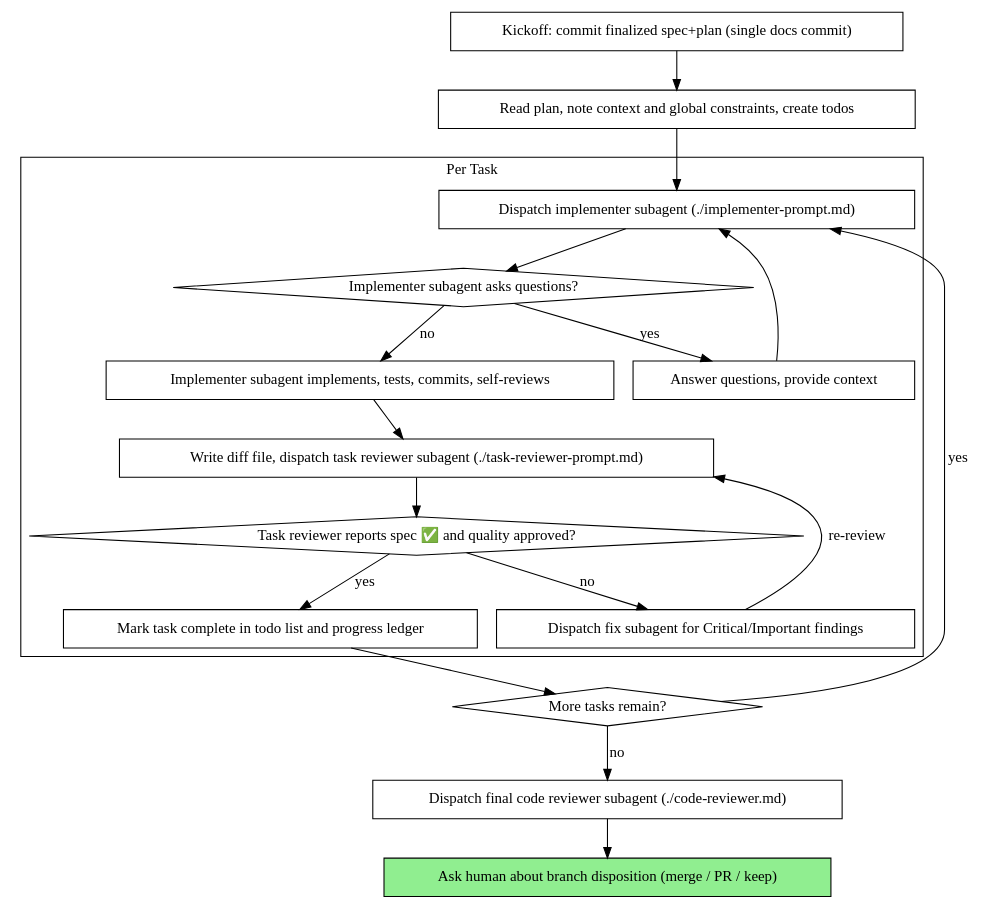
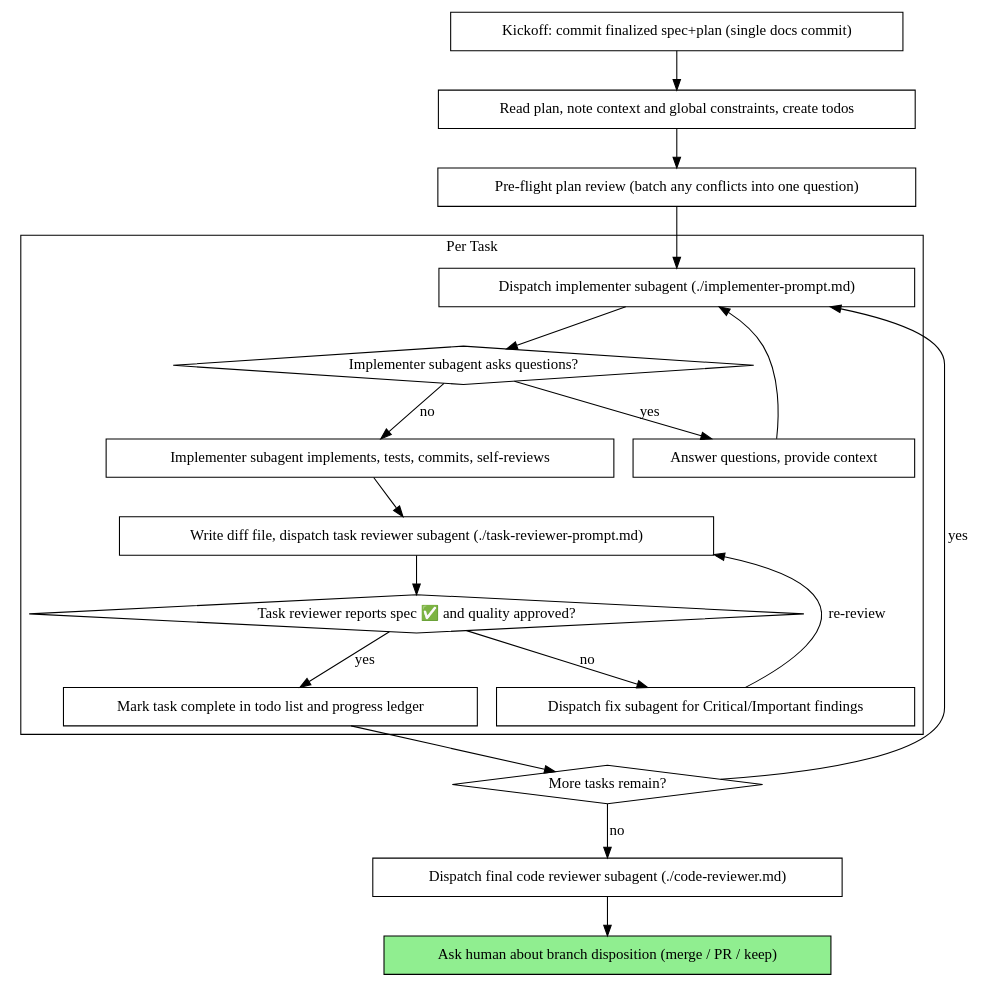
One commit to ipoeyke/minipowers changed the second of 2 diagrams in skills/subagent-driven-development/SKILL.md. Above: the diagram before and after it, drawn with Graphviz. The commit also changed other lines of this file and 3 other files, not shown here.

````diff
--- a/skills/subagent-driven-development/SKILL.md
+++ b/skills/subagent-driven-development/SKILL.md
@@ -37,39 +37,41 @@
 ```dot
 digraph process {
     rankdir=TB;
 
     subgraph cluster_per_task {
         label="Per Task";
         "Dispatch implementer subagent (./implementer-prompt.md)" [shape=box];
         "Implementer subagent asks questions?" [shape=diamond];
         "Answer questions, provide context" [shape=box];
         "Implementer subagent implements, tests, commits, self-reviews" [shape=box];
         "Write diff file, dispatch task reviewer subagent (./task-reviewer-prompt.md)" [shape=box];
         "Task reviewer reports spec ✅ and quality approved?" [shape=diamond];
         "Dispatch fix subagent for Critical/Important findings" [shape=box];
         "Mark task complete in todo list and progress ledger" [shape=box];
     }
 
     "Kickoff: commit finalized spec+plan (single docs commit)" [shape=box];
     "Read plan, note context and global constraints, create todos" [shape=box];
+    "Pre-flight plan review (batch any conflicts into one question)" [shape=box];
     "More tasks remain?" [shape=diamond];
     "Dispatch final code reviewer subagent (./code-reviewer.md)" [shape=box];
     "Ask human about branch disposition (merge / PR / keep)" [shape=box style=filled fillcolor=lightgreen];
 
     "Kickoff: commit finalized spec+plan (single docs commit)" -> "Read plan, note context and global constraints, create todos";
-    "Read plan, note context and global constraints, create todos" -> "Dispatch implementer subagent (./implementer-prompt.md)";
+    "Read plan, note context and global constraints, create todos" -> "Pre-flight plan review (batch any conflicts into one question)";
+    "Pre-flight plan review (batch any conflicts into one question)" -> "Dispatch implementer subagent (./implementer-prompt.md)";
     "Dispatch implementer subagent (./implementer-prompt.md)" -> "Implementer subagent asks questions?";
     "Implementer subagent asks questions?" -> "Answer questions, provide context" [label="yes"];
     "Answer questions, provide context" -> "Dispatch implementer subagent (./implementer-prompt.md)";
     "Implementer subagent asks questions?" -> "Implementer subagent implements, tests, commits, self-reviews" [label="no"];
     "Implementer subagent implements, tests, commits, self-reviews" -> "Write diff file, dispatch task reviewer subagent (./task-reviewer-prompt.md)";
     "Write diff file, dispatch task reviewer subagent (./task-reviewer-prompt.md)" -> "Task reviewer reports spec ✅ and quality approved?";
     "Task reviewer reports spec ✅ and quality approved?" -> "Dispatch fix subagent for Critical/Important findings" [label="no"];
     "Dispatch fix subagent for Critical/Important findings" -> "Write diff file, dispatch task reviewer subagent (./task-reviewer-prompt.md)" [label="re-review"];
     "Task reviewer reports spec ✅ and quality approved?" -> "Mark task complete in todo list and progress ledger" [label="yes"];
     "Mark task complete in todo list and progress ledger" -> "More tasks remain?";
     "More tasks remain?" -> "Dispatch implementer subagent (./implementer-prompt.md)" [label="yes"];
     "More tasks remain?" -> "Dispatch final code reviewer subagent (./code-reviewer.md)" [label="no"];
     "Dispatch final code reviewer subagent (./code-reviewer.md)" -> "Ask human about branch disposition (merge / PR / keep)";
 }
 ```
````
